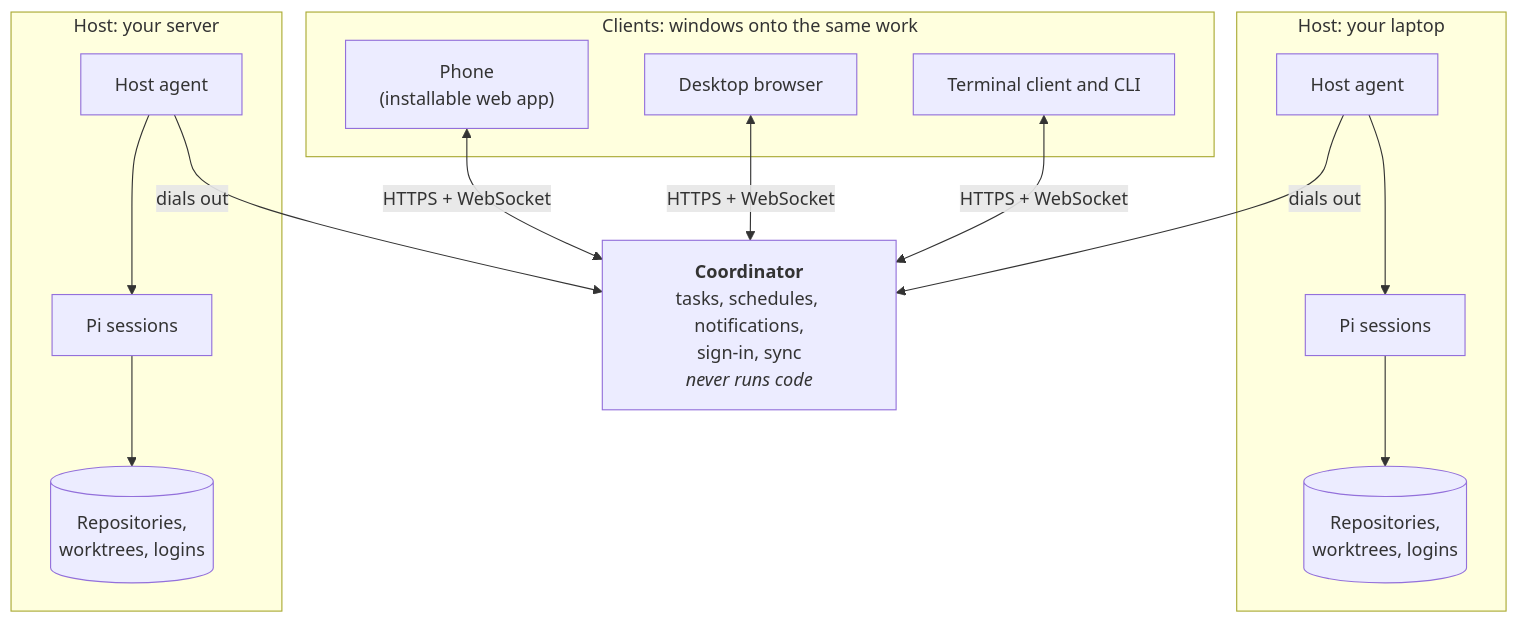
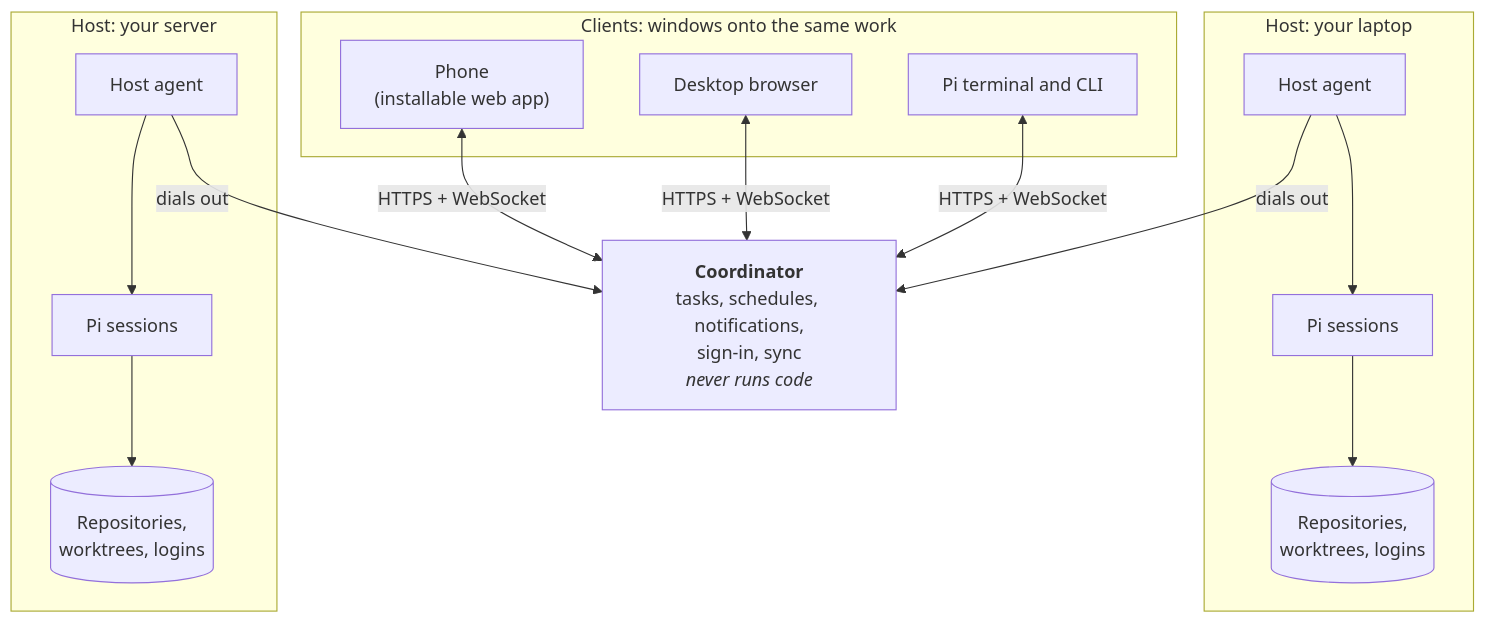
One commit to justmytwospence/switchyard changed the first of 2 diagrams in README.md. Above: the diagram before and after it, drawn with Mermaid. The commit also changed other lines of this file and 5 other files, not shown here.

Commit message:
docs: Pi terminals by default, no custom terminal client

````diff
--- a/README.md
+++ b/README.md
@@ -11,24 +11,24 @@
 ```mermaid
 flowchart TB
   subgraph clients["Clients: windows onto the same work"]
     phone["Phone<br/>(installable web app)"]
     browser["Desktop browser"]
-    term["Terminal client and CLI"]
+    term["Pi terminal and CLI"]
   end
 
   coord["<b>Coordinator</b><br/>tasks, schedules, notifications,<br/>sign-in, sync<br/><i>never runs code</i>"]
 
   subgraph hostA["Host: your laptop"]
     agentA["Host agent"] --> piA["Pi sessions"]
     piA --> repoA[("Repositories,<br/>worktrees, logins")]
   end
 
   subgraph hostB["Host: your server"]
     agentB["Host agent"] --> piB["Pi sessions"]
     piB --> repoB[("Repositories,<br/>worktrees, logins")]
   end
 
   phone & browser & term <-->|"HTTPS + WebSocket"| coord
   agentA -->|"dials out"| coord
   agentB -->|"dials out"| coord
 ```
````
